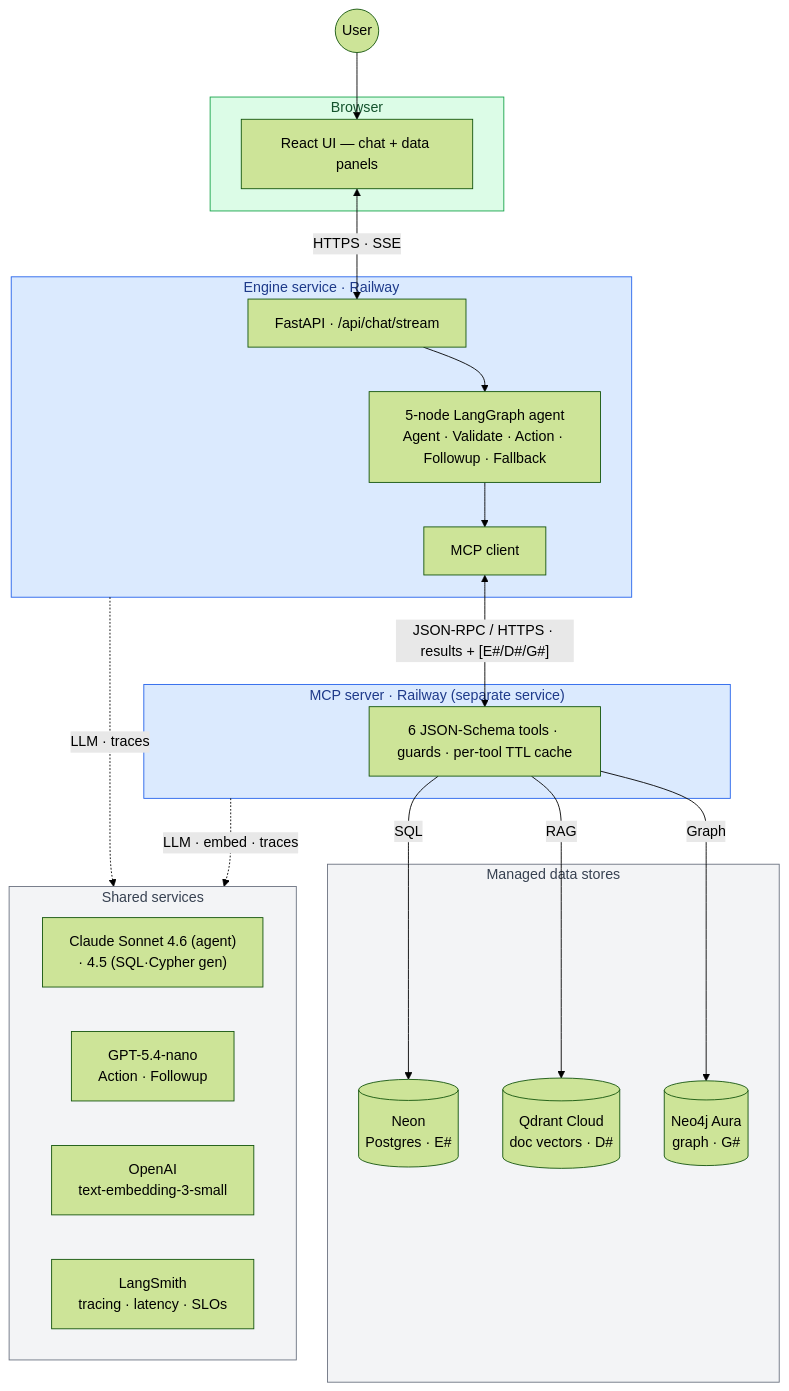
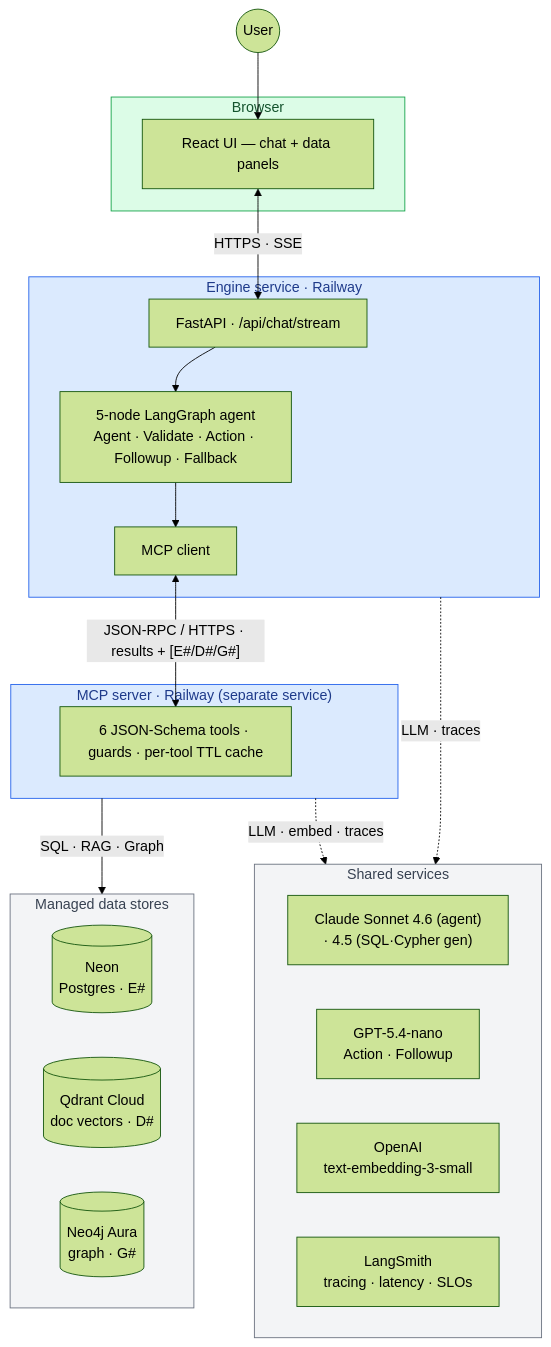
One commit to sazzad-kamal/crm-agentic-mcp-engine changed the third of 7 diagrams in README.md. Above: the diagram before and after it, drawn with Mermaid (forest theme).

Commit message:
D2: collapse 3 store edges to one system-to-tier edge (RW2 -> DATA, SQL/RAG/Graph); request-spine stays interface-node level

````diff
--- a/README.md
+++ b/README.md
@@ -96,47 +96,45 @@
 ```mermaid
 flowchart TB
     User(("User"))
 
     subgraph BROWSER["Browser"]
         UI["React UI — chat + data panels"]
     end
 
     subgraph RW1["Engine service · Railway"]
         API["FastAPI · /api/chat/stream"]
         AG["5-node LangGraph agent<br/>Agent · Validate · Action · Followup · Fallback"]
         MC["MCP client"]
         API --> AG --> MC
     end
 
     subgraph RW2["MCP server · Railway (separate service)"]
         TL["6 JSON-Schema tools · guards · per-tool TTL cache"]
     end
 
     subgraph DATA["Managed data stores"]
         PG[("Neon<br/>Postgres · E#")]
         QDR[("Qdrant Cloud<br/>doc vectors · D#")]
         NEO[("Neo4j Aura<br/>graph · G#")]
     end
 
     subgraph SHARED["Shared services"]
         CLA["Claude Sonnet 4.6 (agent)<br/>· 4.5 (SQL·Cypher gen)"]
         GPT["GPT-5.4-nano<br/>Action · Followup"]
         EMB["OpenAI<br/>text-embedding-3-small"]
         OBS["LangSmith<br/>tracing · latency · SLOs"]
     end
 
     User --> UI
     UI <-->|"HTTPS · SSE"| API
     MC <-->|"JSON-RPC / HTTPS · results + [E#/D#/G#]"| TL
-    TL -->|SQL| PG
-    TL -->|RAG| QDR
-    TL -->|Graph| NEO
+    RW2 -->|"SQL · RAG · Graph"| DATA
     RW1 -.->|"LLM · traces"| SHARED
     RW2 -.->|"LLM · embed · traces"| SHARED
 
     style RW1 fill:#dbeafe,stroke:#2563eb,color:#1e3a8a
     style RW2 fill:#dbeafe,stroke:#2563eb,color:#1e3a8a
     style DATA fill:#f3f4f6,stroke:#6b7280,color:#374151
     style SHARED fill:#f3f4f6,stroke:#6b7280,color:#374151
     style BROWSER fill:#dcfce7,stroke:#16a34a,color:#14532d
 ```
````
